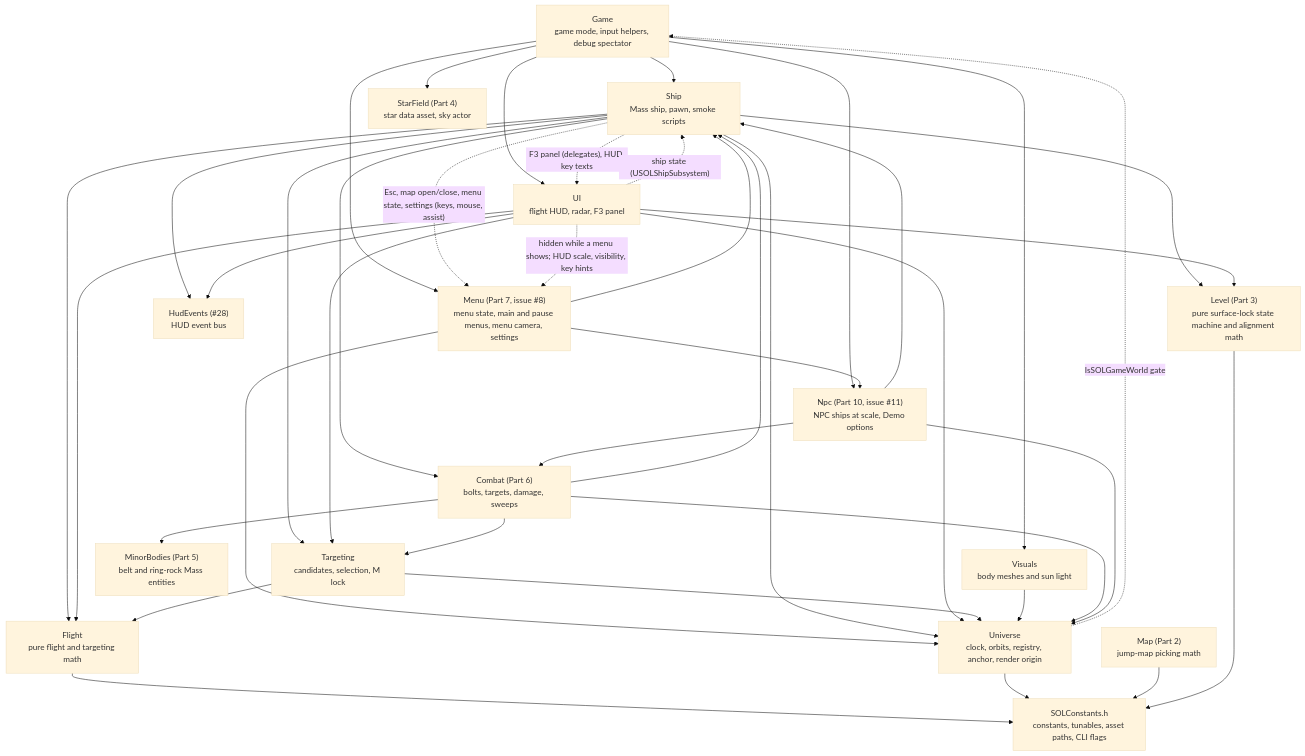
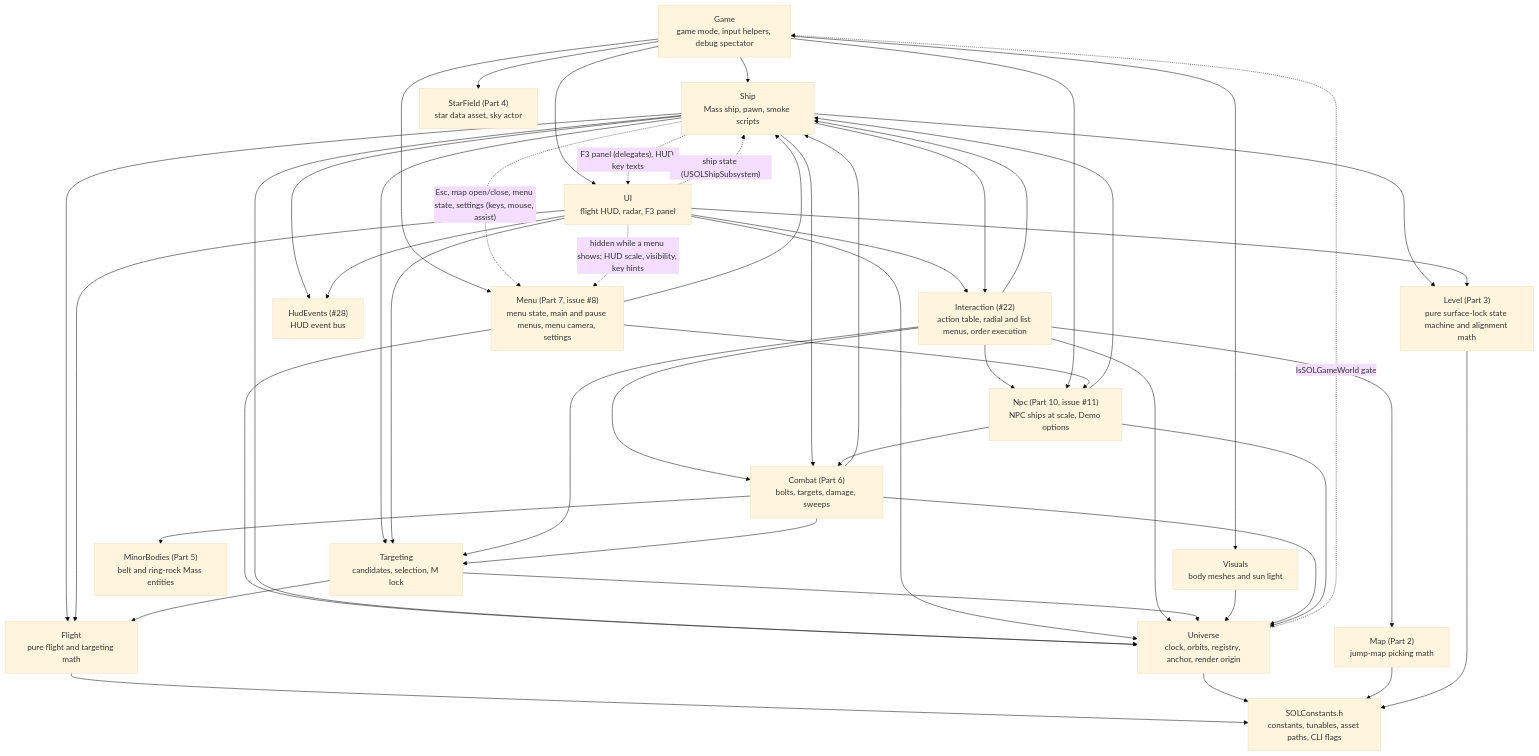
Before and after one commit to DieSlower/SOLTest: the first of 4 diagrams in Docs/ARCHITECTURE.md, drawn with Mermaid (base theme). The commit also changed other lines of this file and 36 other files, not shown here.

First line of the commit message:
Issue #22: interaction menus - action table, radial menu on flight icons, map list menu (part 2: radial and list menus)

````diff
--- a/Docs/ARCHITECTURE.md
+++ b/Docs/ARCHITECTURE.md
@@ -27,58 +27,67 @@
 ```mermaid
 flowchart TD
     Game["Game<br/>game mode, input helpers, debug spectator"]
     Menu["Menu (Part 7, issue #8)<br/>menu state, main and pause menus, menu camera, settings"]
     Ship["Ship<br/>Mass ship, pawn, smoke scripts"]
     UI["UI<br/>flight HUD, radar, F3 panel"]
     Targeting["Targeting<br/>candidates, selection, M lock"]
+    Interaction["Interaction (#22)<br/>action table, radial and list menus, order execution"]
     Visuals["Visuals<br/>body meshes and sun light"]
     StarField["StarField (Part 4)<br/>star data asset, sky actor"]
     Map["Map (Part 2)<br/>jump-map picking math"]
     Combat["Combat (Part 6)<br/>bolts, targets, damage, sweeps"]
     MinorBodies["MinorBodies (Part 5)<br/>belt and ring-rock Mass entities"]
     Npc["Npc (Part 10, issue #11)<br/>NPC ships at scale, Demo options"]
     Level["Level (Part 3)<br/>pure surface-lock state machine and alignment math"]
     Flight["Flight<br/>pure flight and targeting math"]
     Universe["Universe<br/>clock, orbits, registry, anchor, render origin"]
     Const["SOLConstants.h<br/>constants, tunables, asset paths, CLI flags"]
 
     Game --> Ship
     Game --> Menu
     Menu --> Ship
     Menu --> Universe
     Ship -. "Esc, map open/close, menu state, settings (keys, mouse, assist)" .-> Menu
     UI -. "hidden while a menu shows; HUD scale, visibility, key hints" .-> Menu
     Game --> UI
     Game --> Visuals
     Game --> StarField
     Ship --> Targeting
     Ship --> Flight
     Ship --> Level
     UI --> Level
     Ship --> Universe
     Ship -. "F3 panel (delegates), HUD key texts" .-> UI
     UI -. "ship state (USOLShipSubsystem)" .-> Ship
     Ship --> HudEvents["HudEvents (#28)<br/>HUD event bus"]
     UI --> HudEvents
     UI --> Targeting
     UI --> Universe
     UI --> Flight
+    UI --> Interaction
+    Ship --> Interaction
+    Interaction --> Targeting
+    Interaction --> Ship
+    Interaction --> Map
+    Interaction --> Combat
+    Interaction --> Npc
+    Interaction --> Universe
     Targeting --> Flight
     Targeting --> Universe
     Visuals --> Universe
     Ship --> Combat
     Combat --> Ship
     Combat --> Targeting
     Combat --> MinorBodies
     Combat --> Universe
     Game --> Npc
     Menu --> Npc
     Npc --> Universe
     Npc --> Ship
     Npc --> Combat
     Universe -. "IsSOLGameWorld gate" .-> Game
     Flight --> Const
     Universe --> Const
     Map --> Const
     Level --> Const
 ```
````
